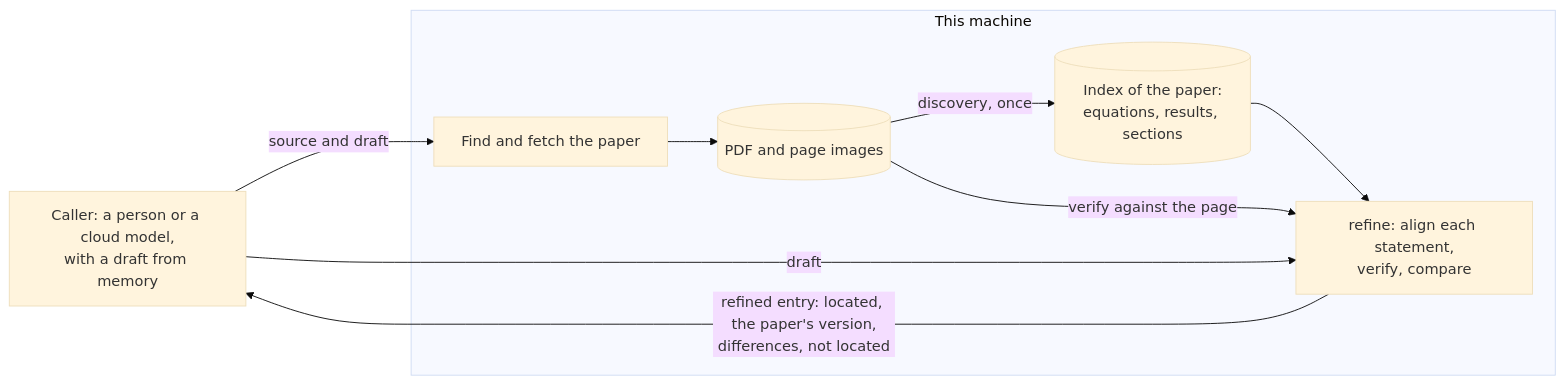
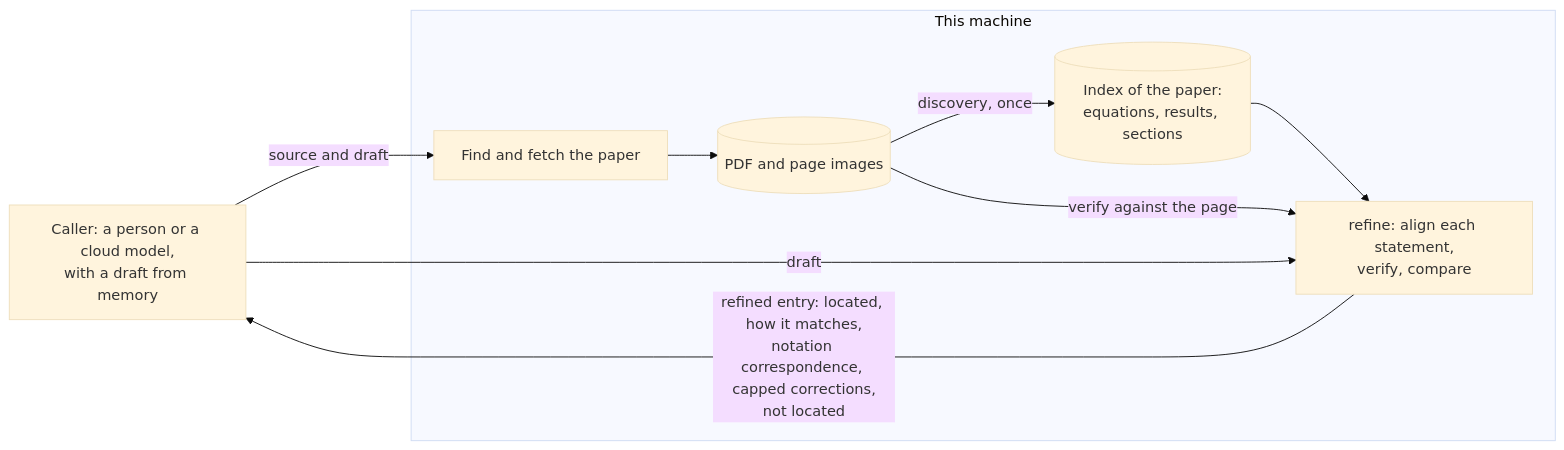
One commit to mdtisdall/math-aware-source-digest changed the first of 2 diagrams in planning/outputs.md. Above: the diagram before and after it, drawn with Mermaid (base theme). The commit also changed other lines of this file, not shown here.

First line of the commit message:
Plan: return corrections, not printed equations; match in the caller's notation

````diff
--- a/planning/outputs.md
+++ b/planning/outputs.md
@@ -85,17 +109,17 @@
 ```mermaid
 flowchart LR
     caller["Caller: a person or a cloud model,<br/>with a draft from memory"]
     subgraph local["This machine"]
         resolve["Find and fetch the paper"]
         pdf[("PDF and page images")]
         index[("Index of the paper:<br/>equations, results, sections")]
         refine["refine: align each statement,<br/>verify, compare"]
         resolve --> pdf
         pdf -->|"discovery, once"| index
         index --> refine
         pdf -->|"verify against the page"| refine
     end
     caller -->|"source and draft"| resolve
     caller -->|"draft"| refine
-    refine -->|"refined entry: located, the paper's version,<br/>differences, not located"| caller
+    refine -->|"refined entry: located, how it matches,<br/>notation correspondence, capped corrections,<br/>not located"| caller
 ```
````
